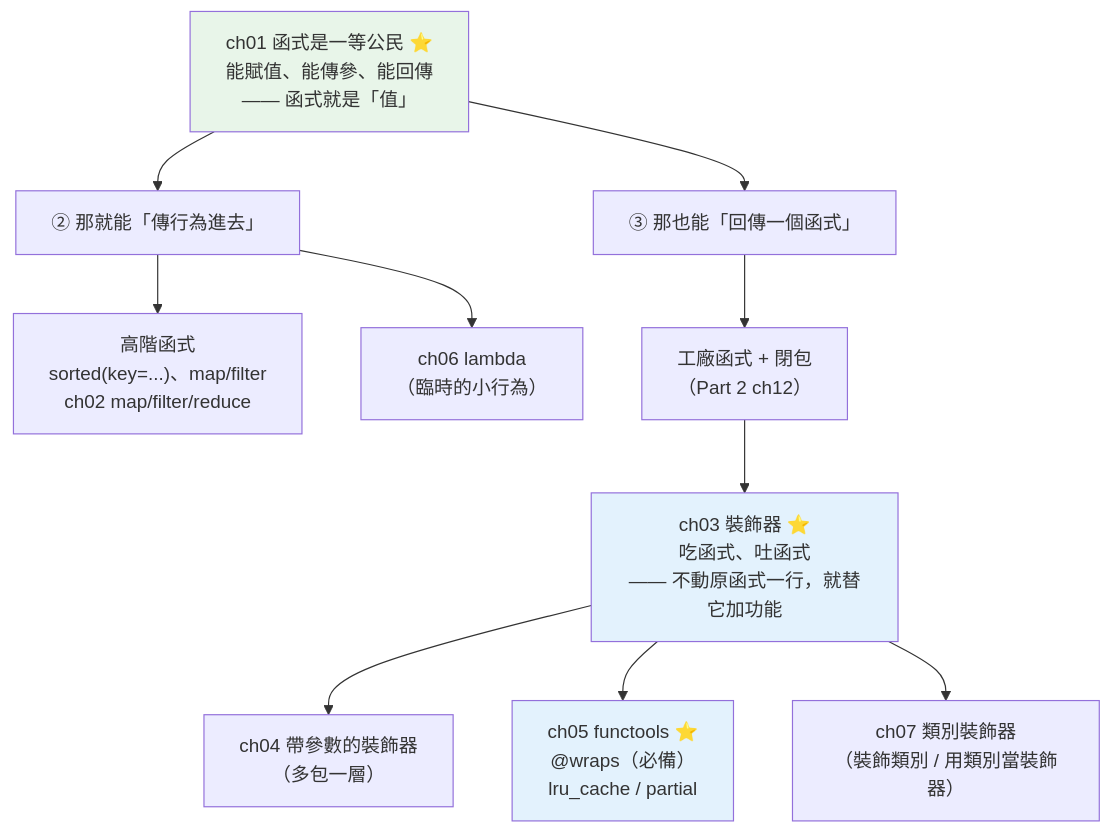
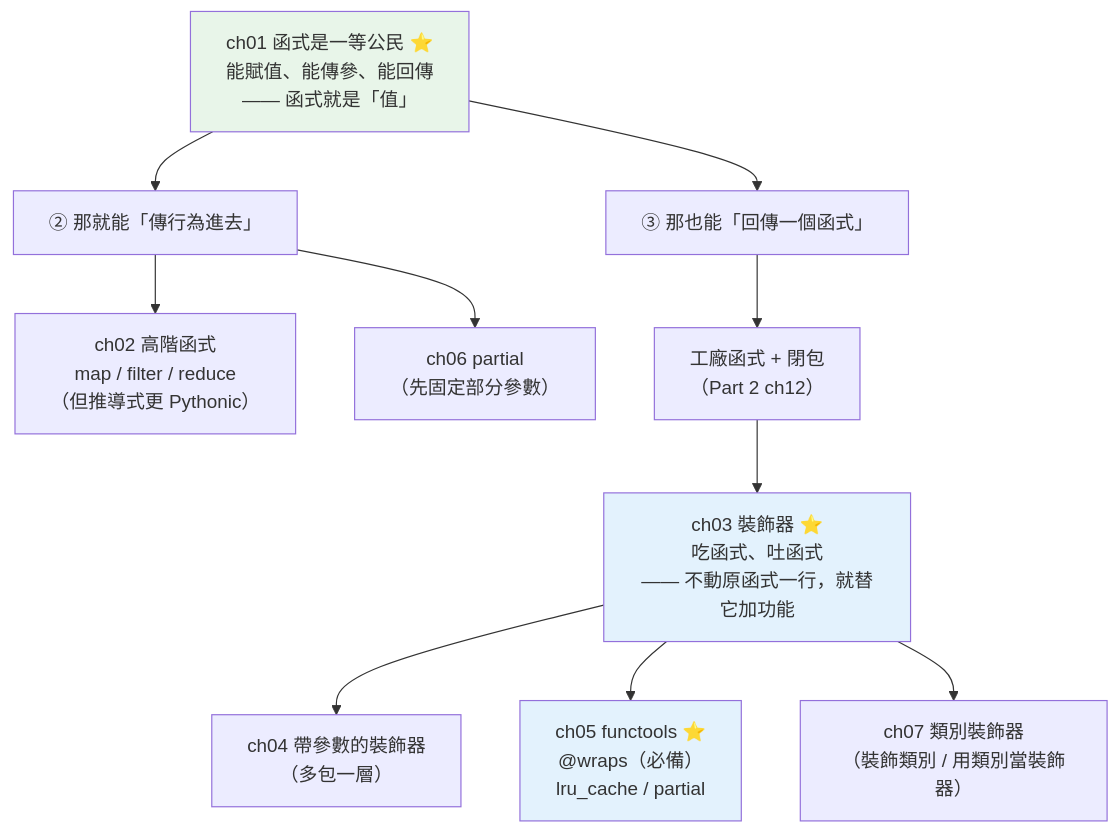
Before and after one commit to newman0934/python-handbook: the diagram in chapters/08-functional-decorators/08-summary.md, drawn with Mermaid. The commit also changed other lines of this file and 3 other files, not shown here.

````diff
--- a/chapters/08-functional-decorators/08-summary.md
+++ b/chapters/08-functional-decorators/08-summary.md
@@ -10,19 +10,19 @@
 ```mermaid
 flowchart TD
     A["ch01 函式是一等公民 ⭐<br/>能賦值、能傳參、能回傳<br/>—— 函式就是「值」"] --> B["② 那就能「傳行為進去」"]
     A --> C["③ 那也能「回傳一個函式」"]
 
-    B --> B1["高階函式<br/>sorted(key=...)、map/filter<br/>ch02 map/filter/reduce"]
-    B --> B2["ch06 lambda<br/>（臨時的小行為）"]
+    B --> B1["ch02 高階函式<br/>map / filter / reduce<br/>（但推導式更 Pythonic）"]
+    B --> B2["ch06 partial<br/>（先固定部分參數）"]
 
     C --> C1["工廠函式 + 閉包<br/>（Part 2 ch12）"]
     C1 --> D["ch03 裝飾器 ⭐<br/>吃函式、吐函式<br/>—— 不動原函式一行，就替它加功能"]
 
     D --> D1["ch04 帶參數的裝飾器<br/>（多包一層）"]
     D --> D2["ch05 functools ⭐<br/>@wraps（必備）<br/>lru_cache / partial"]
     D --> D3["ch07 類別裝飾器<br/>（裝飾類別 / 用類別當裝飾器）"]
 
     style A fill:#e8f5e9
     style D fill:#e3f2fd
     style D2 fill:#e3f2fd
 ```
````
